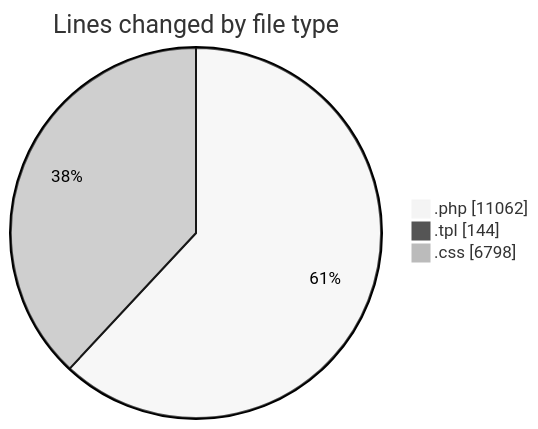
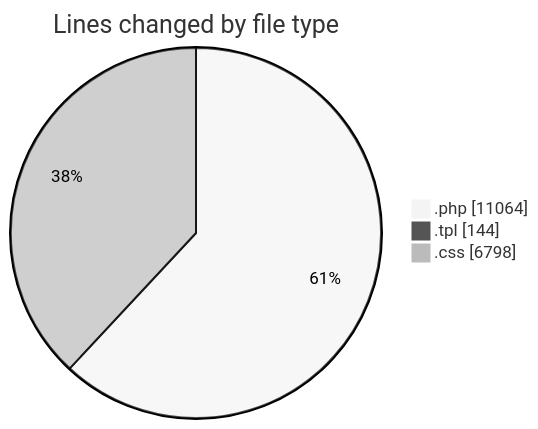
Before and after one commit to vahidmafi/code-tracking: the first of 2 diagrams in 2025-10-04/shop/README.md, drawn with Mermaid (neutral theme). The commit also changed other lines of this file and 1 other file, not shown here.

````diff
--- a/2025-10-04/shop/README.md
+++ b/2025-10-04/shop/README.md
@@ -40,7 +40,7 @@
 ```mermaid
 pie showData
 title Lines changed by file type
-".php" : 11062
+".php" : 11064
 ".tpl" : 144
 ".css" : 6798
 ```
````
